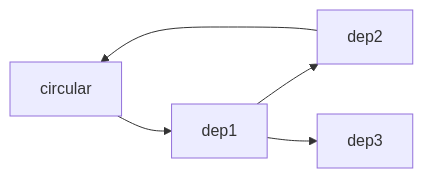
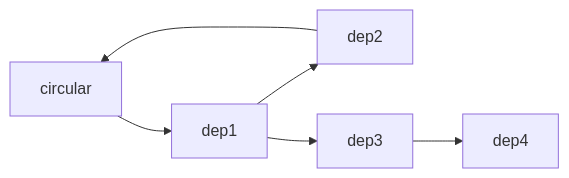
Before and after one commit to lucasols/vite-plugin-linaria-persistent-dev-cache: the ninth of 9 diagrams in test/___mocks___/public/src/deps-graph.md, drawn with Mermaid. The commit also changed other lines of this file and 26 other files, not shown here.

````diff
--- a/test/___mocks___/public/src/deps-graph.md
+++ b/test/___mocks___/public/src/deps-graph.md
@@ -72,6 +79,7 @@
 ```mermaid
 flowchart LR
   circular --> dep1
   dep1 --> dep2 & dep3
   dep2 --> circular
+  dep3 --> dep4
 ```
````
